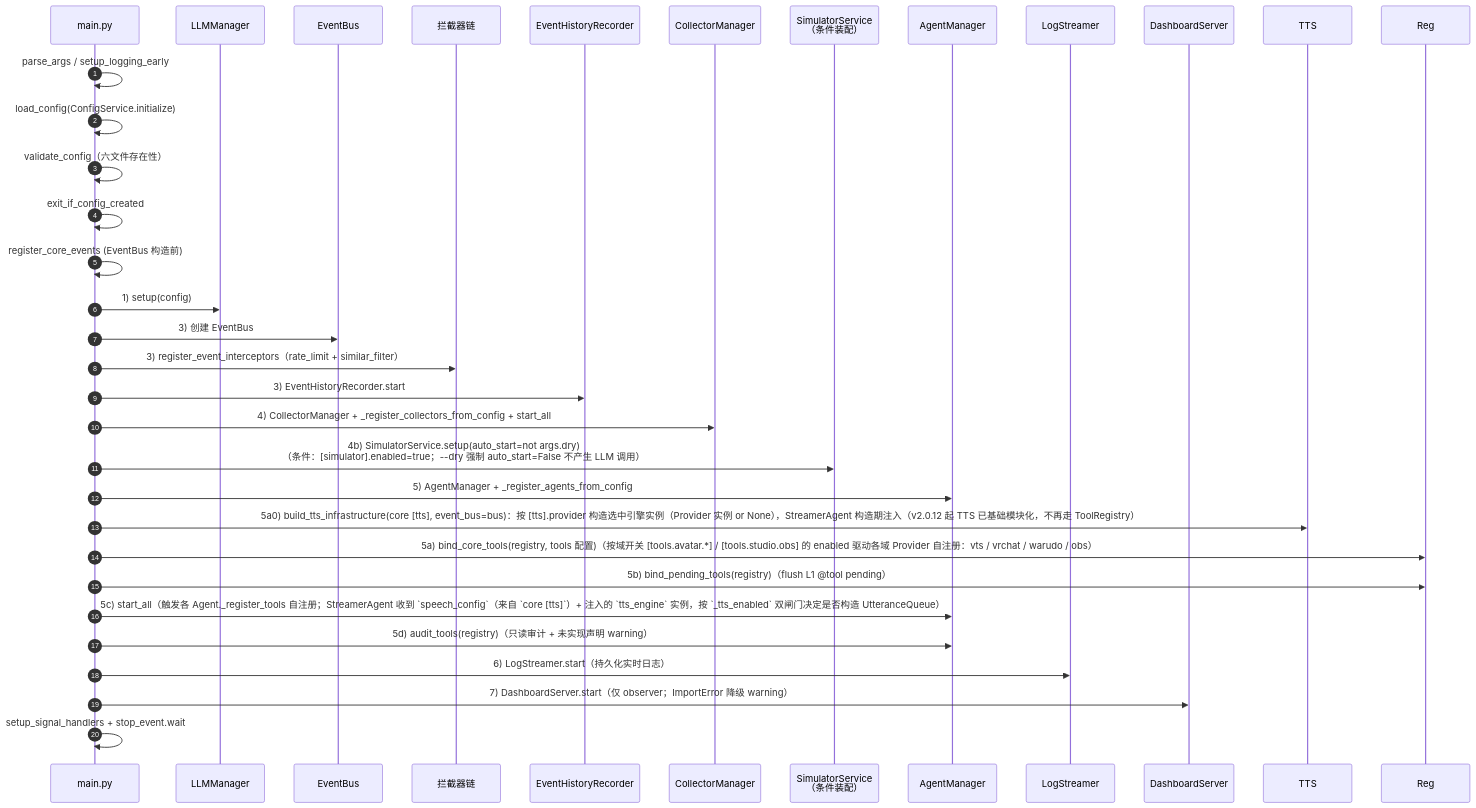
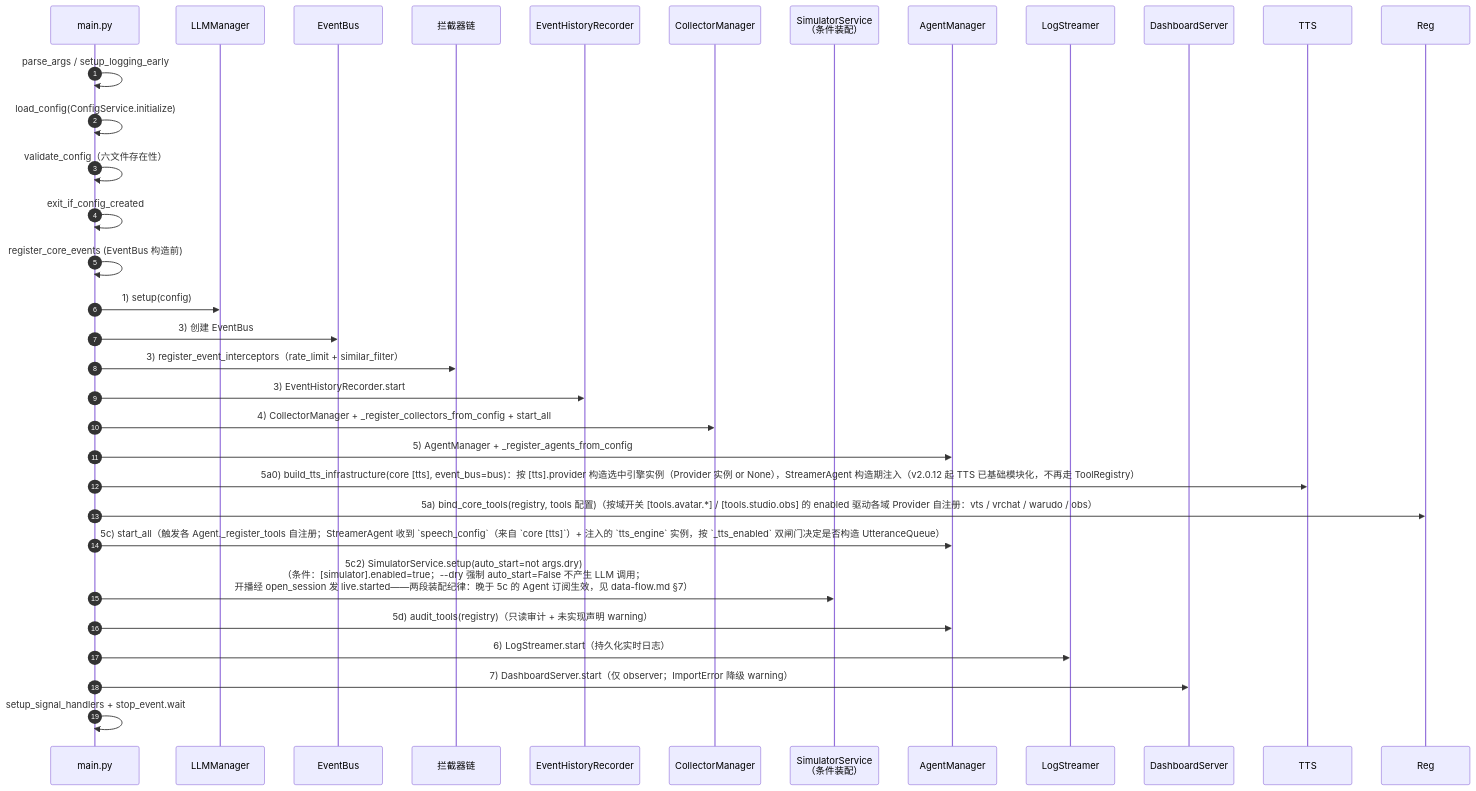
Before and after one commit to LittleSadSheep/Amaidesu: the second of 3 diagrams in docs/architecture/overview.md, drawn with Mermaid. The commit also changed other lines of this file and 4 other files, not shown here.

First line of the commit message:
docs(architecture): 文档对齐 ReAct 现状与两段装配

````diff
--- a/docs/architecture/overview.md
+++ b/docs/architecture/overview.md
@@ -134,35 +134,34 @@
 ```mermaid
 sequenceDiagram
     autonumber
     participant Main as main.py
     participant LLM as LLMManager
     participant Bus as EventBus
     participant Int as 拦截器链
     participant Rec as EventHistoryRecorder
     participant Col as CollectorManager
     participant Sim as SimulatorService<br/>（条件装配）
     participant Agt as AgentManager
     participant Log as LogStreamer
     participant Dash as DashboardServer
 
     Main->>Main: parse_args / setup_logging_early
     Main->>Main: load_config(ConfigService.initialize)
     Main->>Main: validate_config（六文件存在性）
     Main->>Main: exit_if_config_created
     Main->>Main: register_core_events (EventBus 构造前)
     Main->>LLM: 1) setup(config)
     Main->>Bus: 3) 创建 EventBus
     Main->>Int: 3) register_event_interceptors（rate_limit + similar_filter）
     Main->>Rec: 3) EventHistoryRecorder.start
     Main->>Col: 4) CollectorManager + _register_collectors_from_config + start_all
-    Main->>Sim: 4b) SimulatorService.setup(auto_start=not args.dry)<br/>（条件：[simulator].enabled=true；--dry 强制 auto_start=False 不产生 LLM 调用）
     Main->>Agt: 5) AgentManager + _register_agents_from_config
     Main->>TTS: 5a0) build_tts_infrastructure(core [tts], event_bus=bus)：按 [tts].provider 构造选中引擎实例（Provider 实例 or None），StreamerAgent 构造期注入（v2.0.12 起 TTS 已基础模块化，不再走 ToolRegistry）
     Main->>Reg: 5a) bind_core_tools(registry, tools 配置)（按域开关 [tools.avatar.*] / [tools.studio.obs] 的 enabled 驱动各域 Provider 自注册：vts / vrchat / warudo / obs）
-    Main->>Reg: 5b) bind_pending_tools(registry)（flush L1 @tool pending）
     Main->>Agt: 5c) start_all（触发各 Agent._register_tools 自注册；StreamerAgent 收到 `speech_config`（来自 `core [tts]`）+ 注入的 `tts_engine` 实例，按 `_tts_enabled` 双闸门决定是否构造 UtteranceQueue）
+    Main->>Sim: 5c2) SimulatorService.setup(auto_start=not args.dry)<br/>（条件：[simulator].enabled=true；--dry 强制 auto_start=False 不产生 LLM 调用；<br/>开播经 open_session 发 live.started——两段装配纪律：晚于 5c 的 Agent 订阅生效，见 data-flow.md §7）
     Main->>Agt: 5d) audit_tools(registry)（只读审计 + 未实现声明 warning）
     Main->>Log: 6) LogStreamer.start（持久化实时日志）
     Main->>Dash: 7) DashboardServer.start（仅 observer；ImportError 降级 warning）
     Main->>Main: setup_signal_handlers + stop_event.wait
 ```
````
